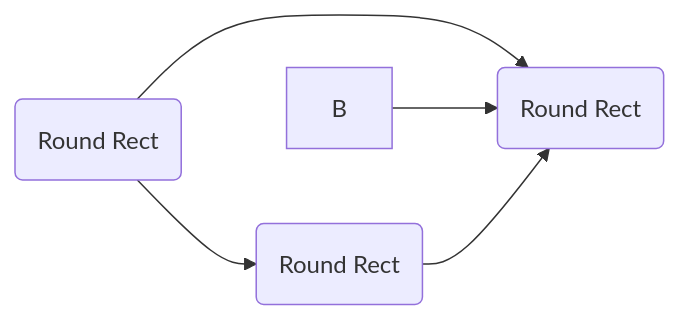
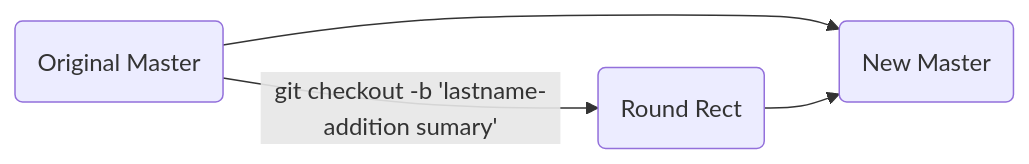
Before and after one commit to john-telfeyan/self-paced-python-for-data-science: the diagram in README.md, drawn with Mermaid. The commit also changed other lines of this file, not shown here.

Commit message:
README.md updated from https://stackedit.io/

````diff
--- a/README.md
+++ b/README.md
@@ -32,7 +32,7 @@
 ```mermaid
 graph LR
-A(Round Rect) --> D(Round Rect)
-A --> C(Round Rect)
-B --> D(Round Rect)
+A(Original Master) --> D(New Master)
+A -- git checkout -b 'lastname-addition sumary'--> C(Round Rect)
+
 C --> D
 ```
````
